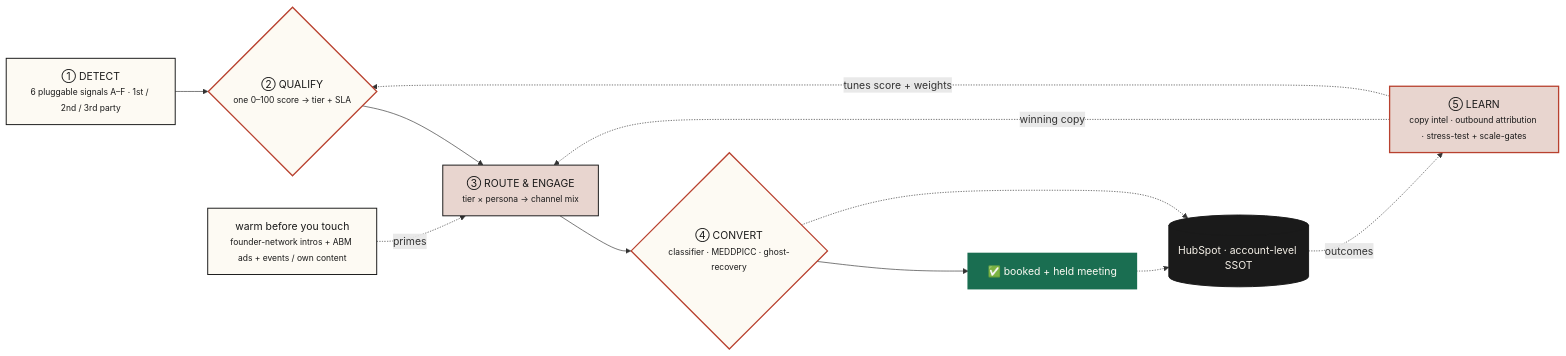
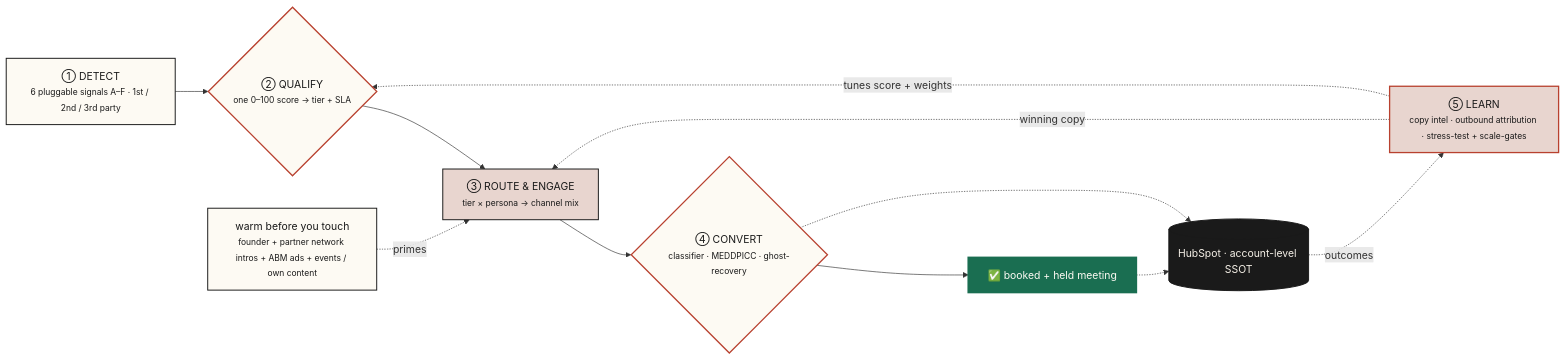
Before and after one commit to Miksh21/duvo-gtme-deliverable: the diagram in post-submission/diagrams/operating-system-overview.mmd, drawn with Mermaid. The commit also changed 1 other file, not shown here.

Commit message:
Fold customer roster + reliable-execution + land-expand + partner motion in
- Add 'Duvo's public customer roster' section: Rohlik (€2.1M rev + €1.4M
  margin), Notino (468 hrs/yr specialist capacity, 10+ processes), Pilulka
  (stock +15% in 2 weeks), Töpfer (process mapping) — proof footprint
  spanning grocery / e-com / pharmacy / DACH FMCG.
- Adopt 'reliable execution' framing (Duvo's own product language) in the
  system overview intro — the outbound motion IS that architecture.
- Add 'Land one process, expand to ten' subsection (Notino's 10+ processes
  pattern); system extends past 'booked meeting' to expansion.
- Add partner-network intros to 'warm before you touch' (system master diagram
  WARM node + system table row); partner motion at partner.duvo.ai/partner
  as 2nd-party warm-intro layer.
- Fix Signal D Slack hook: replace generic '~40% at Rohlik' with the actual
  Duvo-published numbers (€2.1M/€1.4M Rohlik + 468 hrs Notino) — same
  engine, two outcomes.

```diff
--- a/post-submission/diagrams/operating-system-overview.mmd
+++ b/post-submission/diagrams/operating-system-overview.mmd
@@ -1,31 +1,31 @@
 flowchart LR
   S["① DETECT<br/><span style='font-size:13px;color:#5C5852'>6 pluggable signals A–F · 1st / 2nd / 3rd party</span>"]
   Q{"② QUALIFY<br/><span style='font-size:13px;color:#5C5852'>one 0–100 score → tier + SLA</span>"}
   R["③ ROUTE &amp; ENGAGE<br/><span style='font-size:13px;color:#5C5852'>tier × persona → channel mix</span>"]
   CV{"④ CONVERT<br/><span style='font-size:13px;color:#5C5852'>classifier · MEDDPICC · ghost-recovery</span>"}
   WIN["✅ booked + held meeting"]
   L["⑤ LEARN<br/><span style='font-size:13px;color:#5C5852'>copy intel · outbound attribution · stress-test + scale-gates</span>"]
-  WARM["warm before you touch<br/><span style='font-size:13px;color:#5C5852'>founder-network intros + ABM ads + events / own content</span>"]
+  WARM["warm before you touch<br/><span style='font-size:13px;color:#5C5852'>founder + partner network intros + ABM ads + events / own content</span>"]
   CRM[("HubSpot · account-level SSOT")]
 
   S --> Q --> R --> CV --> WIN
   WARM -.primes.-> R
   CV -.-> CRM
   WIN -.-> CRM
   CRM -.outcomes.-> L
   L -.tunes score + weights.-> Q
   L -.winning copy.-> R
 
   classDef src fill:#FDFAF3,stroke:#1A1A1A,stroke-width:1.5px,color:#1A1A1A
   classDef proc fill:#E8D5CF,stroke:#1A1A1A,stroke-width:1.5px,color:#1A1A1A
   classDef gate fill:#FDFAF3,stroke:#B8412F,stroke-width:2px,color:#1A1A1A
   classDef tool fill:#E8D5CF,stroke:#B8412F,stroke-width:2px,color:#1A1A1A
   classDef crm fill:#1A1A1A,stroke:#1A1A1A,stroke-width:1.5px,color:#F6F1E8
   classDef win fill:#1A6E51,stroke:#1A6E51,stroke-width:2.5px,color:#FDFAF3
 
   class S,WARM src
   class R proc
   class Q,CV gate
   class L tool
   class WIN win
   class CRM crm
```
